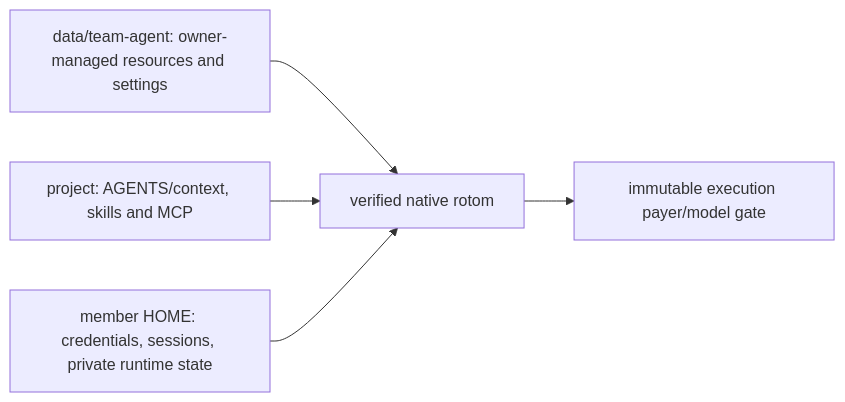
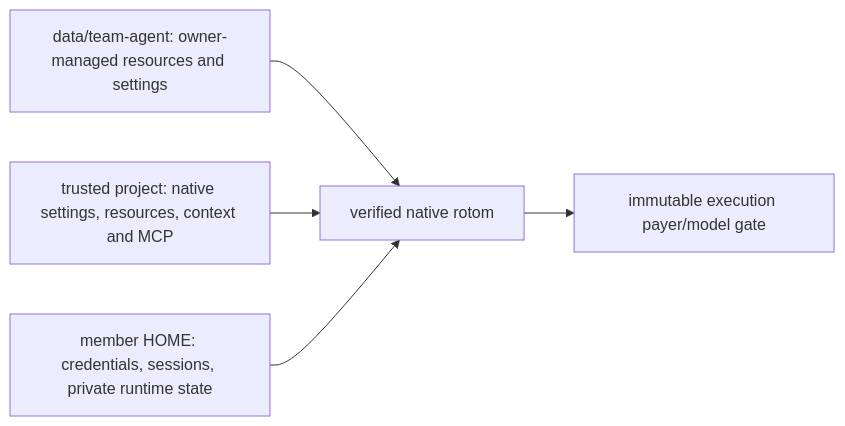
Before and after one commit to bingjiang0611/rotom-team: the diagram in docs/CONFIGURATION.md, drawn with Mermaid. The commit also changed other lines of this file and 24 other files, not shown here.

First line of the commit message:
feat: retain native sessions and load trusted project resources

````diff
--- a/docs/CONFIGURATION.md
+++ b/docs/CONFIGURATION.md
@@ -5,7 +5,7 @@
 ```mermaid
 flowchart LR
     S["data/team-agent: owner-managed resources and settings"] --> R["verified native rotom"]
-    P["project: AGENTS/context, skills and MCP"] --> R
+    P["trusted project: native settings, resources, context and MCP"] --> R
     H["member HOME: credentials, sessions, private runtime state"] --> R
     R --> G["immutable execution payer/model gate"]
 ```
````
